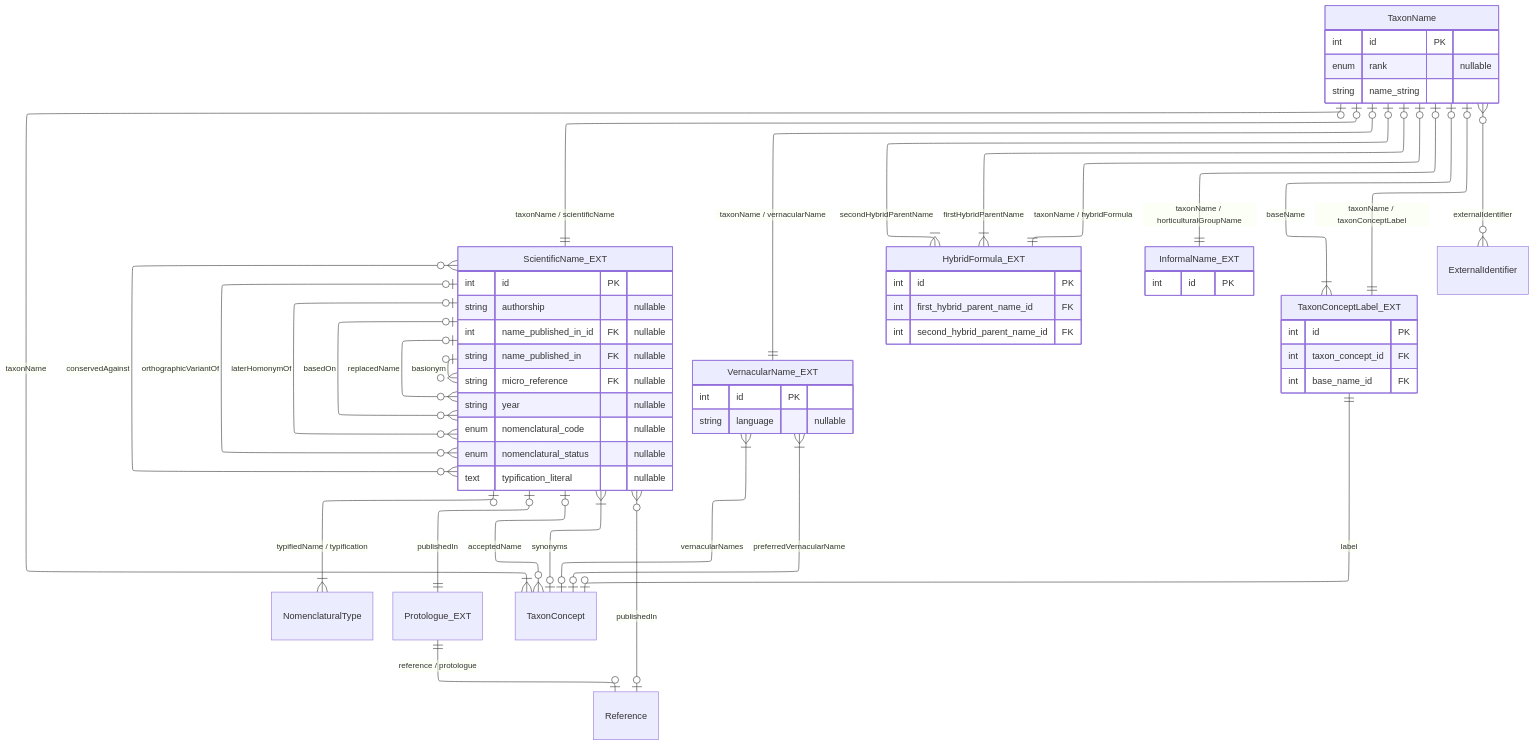
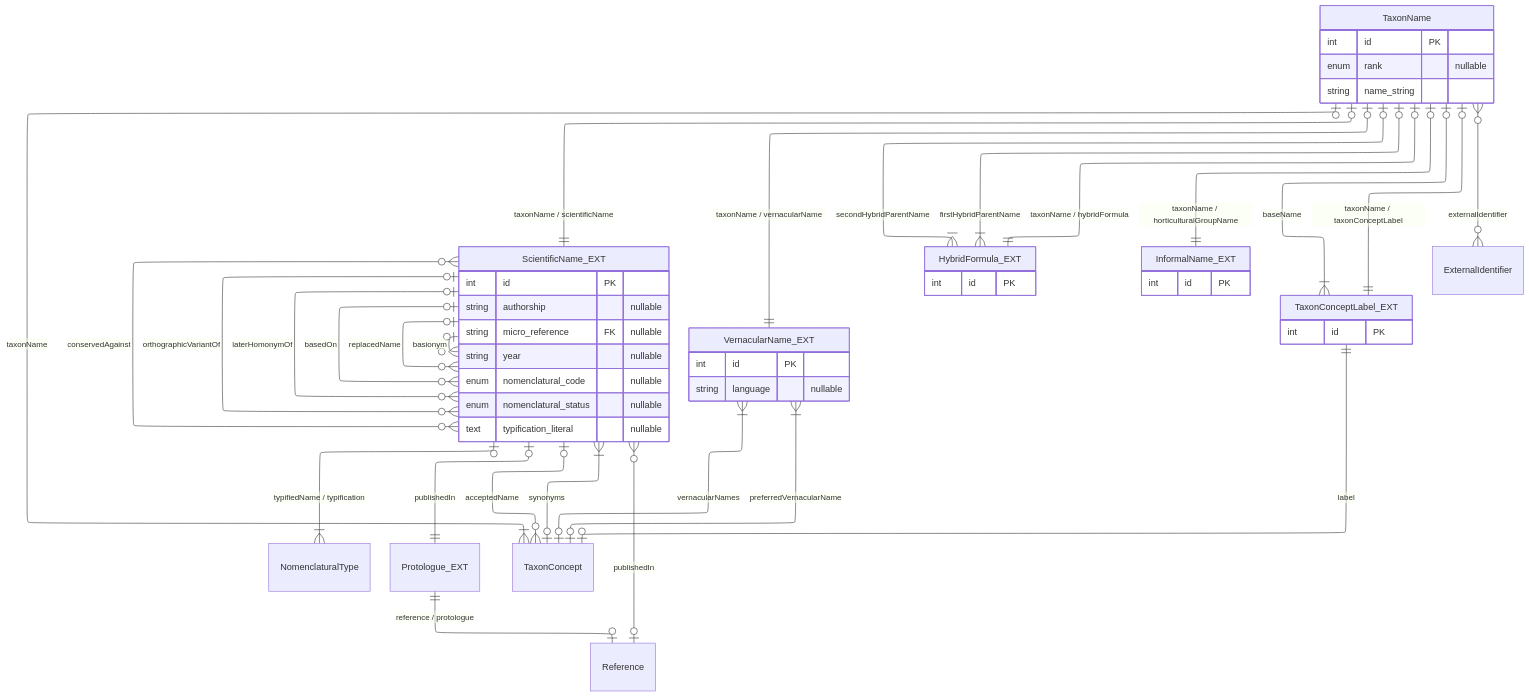
Before and after one commit to vicflora/vicflora-docs: the diagram in source/_mermaid/layer-2a-core-nomenclature.mmd, drawn with Mermaid.

Commit message:
Commit uncommitted  changes before deployment

```diff
--- a/source/_mermaid/layer-2a-core-nomenclature.mmd
+++ b/source/_mermaid/layer-2a-core-nomenclature.mmd
@@ -1,112 +1,112 @@
 ---
 config:
   layout: elk
 ---
 erDiagram
   %% Sidecars
   TaxonName |o--|| ScientificName_EXT : "taxonName / scientificName"
 
   %% Typification
   ScientificName_EXT |o--|{ NomenclaturalType : "typifiedName / typification"
 
   %% Scientific Name authorship
   %% ScientificName_EXT |o--|{ ScientificName_Author_MAP : scientificName
   %% ScientificName_Author_MAP }|--o{ Agent : agent
   ScientificName_EXT |o--|| Protologue_EXT : "publishedIn"
   Protologue_EXT ||--o| Reference : "reference / protologue"
   ScientificName_EXT }o--o| Reference : "publishedIn"
 
   TaxonName |o--|| VernacularName_EXT : "taxonName / vernacularName"
 
   %% The Syntactic Relationships
   %% ScientificName_EXT |o..|{ NameRelation_MAP : "fromName"
   %% ScientificName_EXT |o..|{ NameRelation_MAP : "toName"
   ScientificName_EXT |o--o{ ScientificName_EXT : "basionym"
   ScientificName_EXT |o--o{ ScientificName_EXT : "replacedName"
   ScientificName_EXT |o--o{ ScientificName_EXT : "basedOn"
   ScientificName_EXT |o--o{ ScientificName_EXT : "laterHomonymOf"
   ScientificName_EXT |o--o{ ScientificName_EXT : "orthographicVariantOf"
   ScientificName_EXT }o--o{ ScientificName_EXT : "conservedAgainst"
 
   %% Taxon Name <--> Taxon Concept relationships
   TaxonName |o--|{ TaxonConcept : "taxonName"
   ScientificName_EXT |o--o{ TaxonConcept : "acceptedName"
   ScientificName_EXT }|--o| TaxonConcept : "synonyms"
   %% ScientificName_EXT |o..|{ ScientificNameUsage_MAP : "scientificName"
   %% ScientificNameUsage_MAP }|..o{ TaxonConcept : "taxonConcept"
   VernacularName_EXT }|--o| TaxonConcept : "vernacularNames"
   VernacularName_EXT }|--o| TaxonConcept : "preferredVernacularName"
   %% VernacularName_EXT |o..|{ VernacularNameUsage_MAP : "vernacularName"
   %% VernacularNameUsage_MAP }|..o| TaxonConcept : "taxonConcept"
 
   TaxonName |o--|| HybridFormula_EXT : "taxonName / hybridFormula"
   TaxonName |o--|{  HybridFormula_EXT : "firstHybridParentName"
   TaxonName |o--|{ HybridFormula_EXT : "secondHybridParentName"
 
   TaxonName |o--|| InformalName_EXT : "taxonName / horticulturalGroupName"
 
   TaxonName |o--|| TaxonConceptLabel_EXT : "taxonName / taxonConceptLabel"
 
   %% Taxon Concept Label
   TaxonConceptLabel_EXT ||--o| TaxonConcept : "label"
   TaxonName |o--|{ TaxonConceptLabel_EXT : baseName
 
   %% External identifiers
   %% TaxonName |o--|{ Entity_Identity_MAP : "morphs as 'linkable'"
   %% Entity_Identity_MAP }|--o| ExternalIdentity : "externalIdentity"
   TaxonName }o--o{ ExternalIdentifier : "externalIdentifier"
 
   TaxonName {
     int id PK
     enum rank "nullable"
     string name_string
   }
 
   ScientificName_EXT {
     int id PK
     string authorship "nullable"
-    int name_published_in_id FK "nullable"
-    string name_published_in FK "nullable"
+    %% int name_published_in_id FK "nullable"
+    %% string name_published_in FK "nullable"
     string micro_reference FK "nullable"
     string year "nullable"
     enum nomenclatural_code "nullable"
     enum nomenclatural_status "nullable"
     text typification_literal "nullable"
   }
 
   VernacularName_EXT {
     int id PK
     string language "nullable"
   }
 
   TaxonConceptLabel_EXT {
     int id PK
-    int taxon_concept_id FK
-    int base_name_id FK
+    %% int taxon_concept_id FK
+    %% int base_name_id FK
   }
 
   HybridFormula_EXT {
     int id PK
-    int first_hybrid_parent_name_id FK
-    int second_hybrid_parent_name_id FK
+    %% int first_hybrid_parent_name_id FK
+    %% int second_hybrid_parent_name_id FK
   }
 
   InformalName_EXT {
     int id PK
   }
 
   %% NameRelation_MAP {
   %%   int id PK
   %%   int from_taxon_name_id FK
   %%   int to_taxon_name_id FK
   %%   enum name_relation_type
   %%   string remarks "nullable"
   %% }
 
   %% ScientificName_Author_MAP {
   %%   int id PK
   %%   int scientific_name_id FK
   %%   int agent_id FK
   %%   enum author_role
   %%   int sequence
   %% }
```
